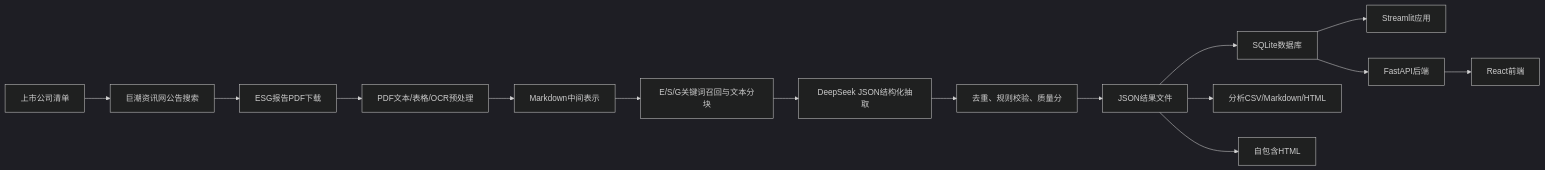
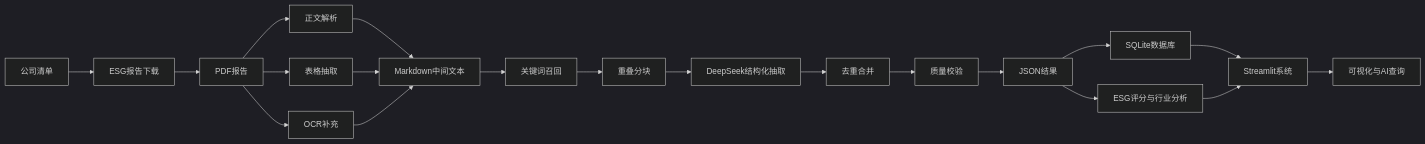
One commit to hoangtamtoan7-crypto/esg-analysis changed the first of 2 diagrams in 技术文档.md. Above: the diagram before and after it, drawn with Mermaid (dark theme). The commit also changed other lines of this file and 8 other files, not shown here.

````diff
--- a/技术文档.md
+++ b/技术文档.md
@@ -35,17 +33,22 @@
 ```mermaid
 flowchart LR
-    A["上市公司清单"] --> B["巨潮资讯网公告搜索"]
-    B --> C["ESG报告PDF下载"]
-    C --> D["PDF文本/表格/OCR预处理"]
-    D --> E["Markdown中间表示"]
-    E --> F["E/S/G关键词召回与文本分块"]
-    F --> G["DeepSeek JSON结构化抽取"]
-    G --> H["去重、规则校验、质量分"]
-    H --> I["JSON结果文件"]
-    I --> J["SQLite数据库"]
-    I --> K["分析CSV/Markdown/HTML"]
-    J --> L["Streamlit应用"]
-    J --> M["FastAPI后端"]
-    M --> N["React前端"]
-    I --> O["自包含HTML"]
+    A["公司清单"] --> B["ESG报告下载"]
+    B --> C["PDF报告"]
+    C --> D["正文解析"]
+    C --> E["表格抽取"]
+    C --> F["OCR补充"]
+    D --> G["Markdown中间文本"]
+    E --> G
+    F --> G
+    G --> H["关键词召回"]
+    H --> I["重叠分块"]
+    I --> J["DeepSeek结构化抽取"]
+    J --> K["去重合并"]
+    K --> L["质量校验"]
+    L --> M["JSON结果"]
+    M --> N["SQLite数据库"]
+    M --> O["ESG评分与行业分析"]
+    N --> P["Streamlit系统"]
+    O --> P
+    P --> Q["可视化与AI查询"]
 ```
````
